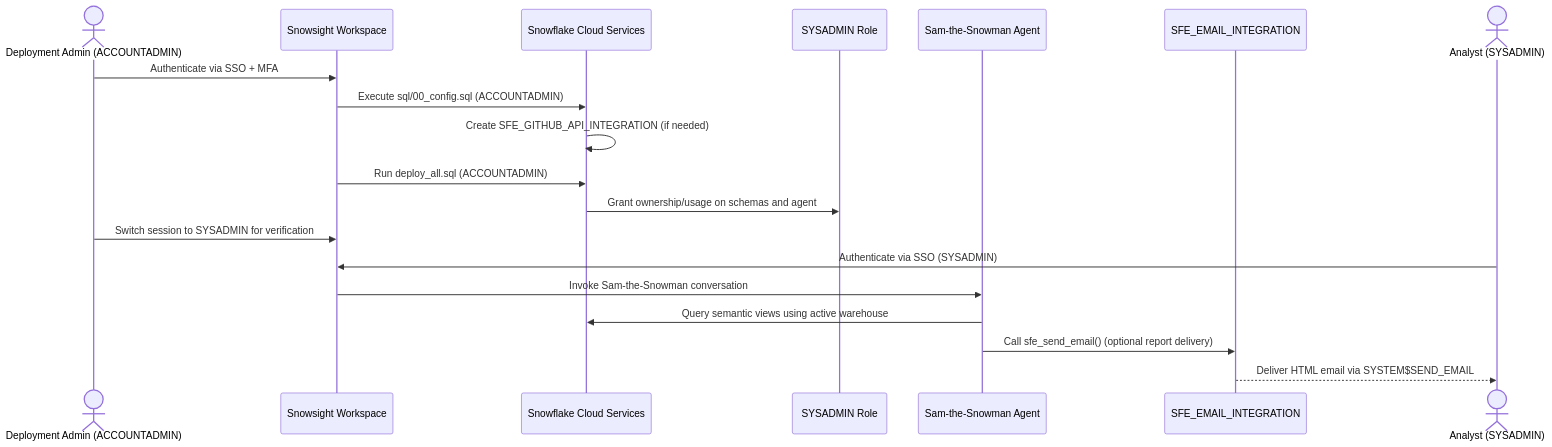
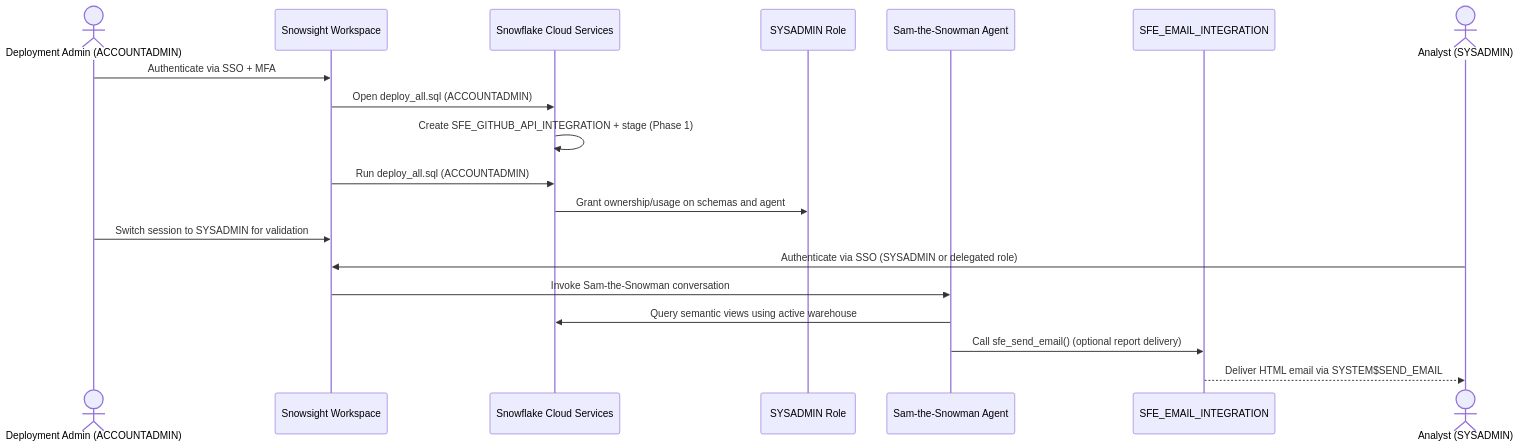
One commit to sfc-gh-miwhitaker/Sam-the-Snowman changed the diagram in diagrams/auth-flow.md. Above: the diagram before and after it, drawn with Mermaid. The commit also changed other lines of this file and 17 other files, not shown here.

````diff
--- a/diagrams/auth-flow.md
+++ b/diagrams/auth-flow.md
@@ -23,23 +12,23 @@
 ```mermaid
 sequenceDiagram
     actor Admin as Deployment Admin (ACCOUNTADMIN)
     participant Snowsight as Snowsight Workspace
     participant Snowflake as Snowflake Cloud Services
     participant SYSADMIN as SYSADMIN Role
     participant Agent as Sam-the-Snowman Agent
     participant Email as SFE_EMAIL_INTEGRATION
     actor Analyst as Analyst (SYSADMIN)
 
     Admin->>Snowsight: Authenticate via SSO + MFA
-    Snowsight->>Snowflake: Execute sql/00_config.sql (ACCOUNTADMIN)
-    Snowflake->>Snowflake: Create SFE_GITHUB_API_INTEGRATION (if needed)
+    Snowsight->>Snowflake: Open deploy_all.sql (ACCOUNTADMIN)
+    Snowflake->>Snowflake: Create SFE_GITHUB_API_INTEGRATION + stage (Phase 1)
     Snowsight->>Snowflake: Run deploy_all.sql (ACCOUNTADMIN)
     Snowflake->>SYSADMIN: Grant ownership/usage on schemas and agent
-    Admin->>Snowsight: Switch session to SYSADMIN for verification
+    Admin->>Snowsight: Switch session to SYSADMIN for validation
 
-    Analyst->>Snowsight: Authenticate via SSO (SYSADMIN)
+    Analyst->>Snowsight: Authenticate via SSO (SYSADMIN or delegated role)
     Snowsight->>Agent: Invoke Sam-the-Snowman conversation
     Agent->>Snowflake: Query semantic views using active warehouse
     Agent->>Email: Call sfe_send_email() (optional report delivery)
     Email-->>Analyst: Deliver HTML email via SYSTEM$SEND_EMAIL
 ```
````
